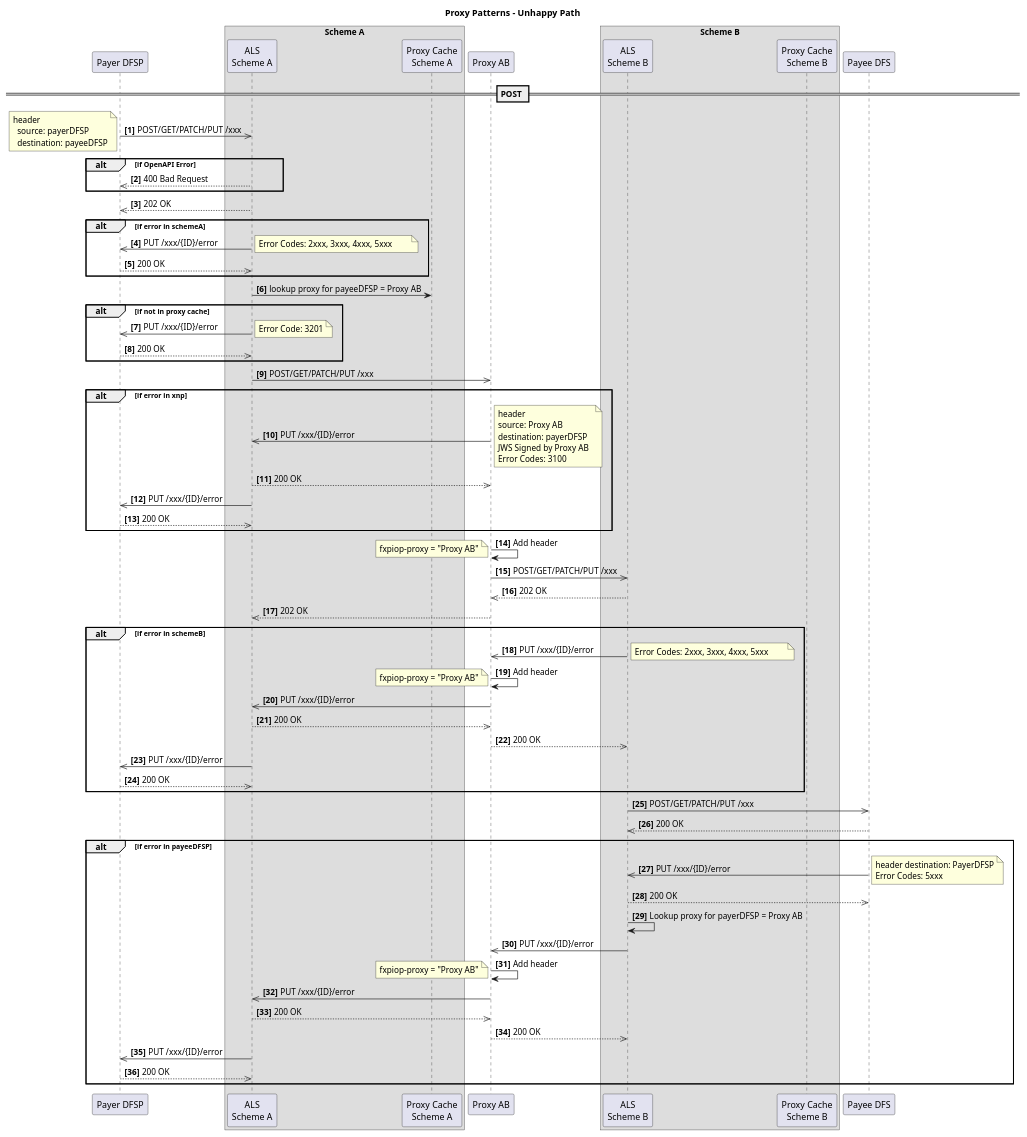
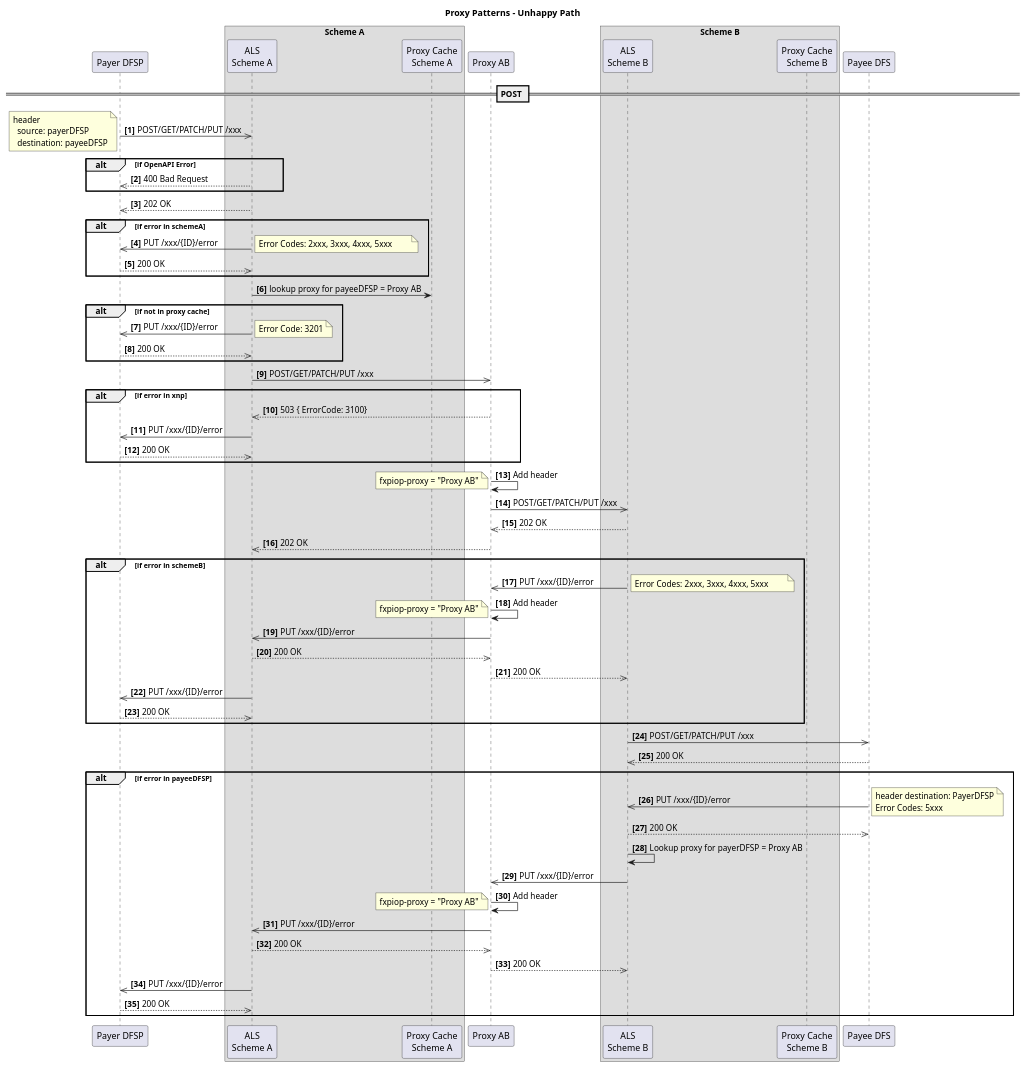
Before and after one commit to mojaloop/ml-inter-scheme-docs: the diagram in Design/Proxy pattern - Unhappy path.plantuml, drawn with PlantUML. The commit also changed 1 other file, not shown here.

Commit message:
Proxy throwing error in unhappy path fixed

```diff
--- a/Design/Proxy pattern - Unhappy path.plantuml
+++ b/Design/Proxy pattern - Unhappy path.plantuml
@@ -1,112 +1,114 @@
 @startuml
 
 title Proxy Patterns - Unhappy Path 
 
 participant "Payer DFSP" as payerDFSP
 box "Scheme A"
     participant "ALS\nScheme A" as schemeA
     participant "Proxy Cache\nScheme A" as pc_A
 end box
 participant "Proxy AB" as xnp
 box "Scheme B"
     participant "ALS\nScheme B" as schemeB
     participant "Proxy Cache\nScheme B" as pc_B
 end box
 participant "Payee DFS" as payeeDFSP
 
 autonumber 1 "<b>[0]"
 
 == POST ==
 payerDFSP ->> schemeA: POST/GET/PATCH/PUT /xxx
 note left
 header 
   source: payerDFSP
   destination: payeeDFSP
 end note
 
 alt if OpenAPI Error 
     schemeA -->> payerDFSP: 400 Bad Request
 end
 schemeA-->>payerDFSP: 202 OK
 
     alt if error in schemeA
         schemeA ->> payerDFSP: PUT /xxx/{ID}/error
         note right
         Error Codes: 2xxx, 3xxx, 4xxx, 5xxx        
         end note
         payerDFSP -->> schemeA: 200 OK
     end
 
     schemeA -> pc_A: lookup proxy for payeeDFSP = Proxy AB
     alt if not in proxy cache
         schemeA ->> payerDFSP: PUT /xxx/{ID}/error
         note right
         Error Code: 3201
         end note
         payerDFSP -->> schemeA: 200 OK
     end
     schemeA ->> xnp: POST/GET/PATCH/PUT /xxx
     
     alt if error in xnp
-        xnp ->> schemeA: PUT /xxx/{ID}/error
-        note right
-        header 
-        source: Proxy AB
-        destination: payerDFSP
-        JWS Signed by Proxy AB  
-        Error Codes: 3100
-        end note
-        schemeA -->> xnp: 200 OK
+      xnp -->> schemeA: 503 { ErrorCode: 3100}
+
+'        xnp ->> schemeA: PUT /xxx/{ID}/error
+'        note right
+'        header 
+'        source: Proxy AB
+'        destination: payerDFSP
+'        JWS Signed by Proxy AB  
+'        Error Codes: 3100
+'        end note
+'        schemeA -->> xnp: 200 OK
         schemeA ->> payerDFSP: PUT /xxx/{ID}/error
         payerDFSP -->> schemeA: 200 OK
     end
     
     xnp->xnp: Add header
     note left
     fxpiop-proxy = "Proxy AB"
     end note
 
     xnp ->> schemeB: POST/GET/PATCH/PUT /xxx
     schemeB -->> xnp: 202 OK
     xnp -->> schemeA: 202 OK
     
     alt if error in schemeB
         schemeB ->> xnp: PUT /xxx/{ID}/error
         note right
         Error Codes: 2xxx, 3xxx, 4xxx, 5xxx        
         end note
         xnp->xnp: Add header
         note left
         fxpiop-proxy = "Proxy AB"
         end note
         xnp ->> schemeA: PUT /xxx/{ID}/error
         schemeA -->> xnp: 200 OK
         xnp -->> schemeB: 200 OK
         schemeA ->> payerDFSP: PUT /xxx/{ID}/error
         payerDFSP -->> schemeA: 200 OK
     end
     
     schemeB ->> payeeDFSP: POST/GET/PATCH/PUT /xxx
     payeeDFSP -->> schemeB: 200 OK
     
     alt if error in payeeDFSP
         payeeDFSP->> schemeB: PUT /xxx/{ID}/error
         note right
         header destination: PayerDFSP
         Error Codes: 5xxx
         end note
         schemeB -->> payeeDFSP: 200 OK
         schemeB -> schemeB: Lookup proxy for payerDFSP = Proxy AB
         schemeB ->> xnp: PUT /xxx/{ID}/error
         xnp->xnp: Add header
         note left
         fxpiop-proxy = "Proxy AB"
         end note
         xnp ->> schemeA: PUT /xxx/{ID}/error
         schemeA -->> xnp: 200 OK
         xnp -->> schemeB: 200 OK
         schemeA ->> payerDFSP: PUT /xxx/{ID}/error
         payerDFSP -->> schemeA: 200 OK
     end
 
 @enduml
```
